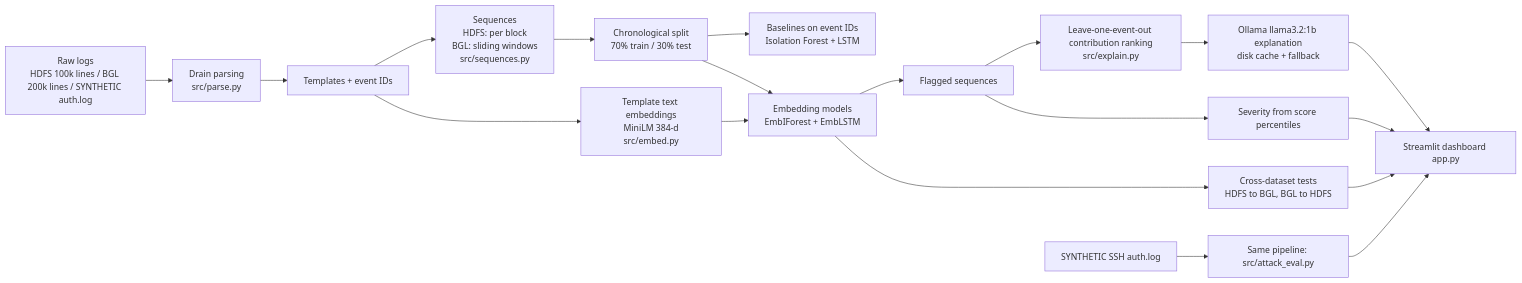
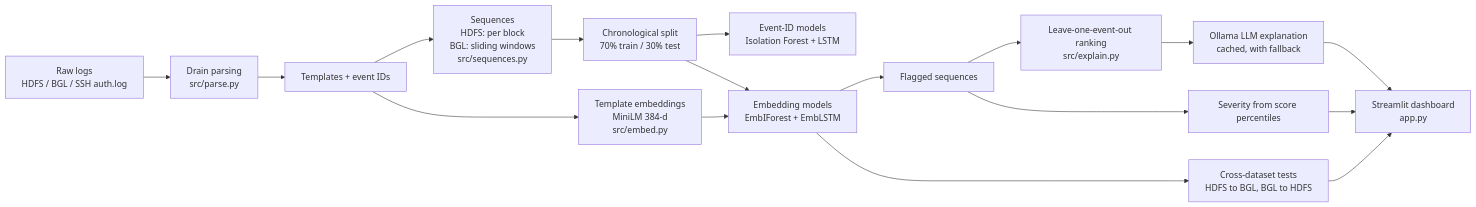
The diagram in README.md (bhargavrrao-web/explainable-log-anomaly-detection), drawn with Mermaid before and after one commit. The commit also changed other lines of this file, not shown here.

````diff
--- a/README.md
+++ b/README.md
@@ -13,20 +17,19 @@
 ```mermaid
 flowchart LR
-    A[Raw logs<br/>HDFS 100k lines / BGL 200k lines / SYNTHETIC auth.log] --> B[Drain parsing<br/>src/parse.py]
+    A[Raw logs<br/>HDFS / BGL / SSH auth.log] --> B[Drain parsing<br/>src/parse.py]
     B --> C[Templates + event IDs]
     C --> D[Sequences<br/>HDFS: per block<br/>BGL: sliding windows<br/>src/sequences.py]
     D --> E[Chronological split<br/>70% train / 30% test]
-    C --> F[Template text embeddings<br/>MiniLM 384-d<br/>src/embed.py]
-    E --> G1[Baselines on event IDs<br/>Isolation Forest + LSTM]
+    C --> F[Template embeddings<br/>MiniLM 384-d<br/>src/embed.py]
+    E --> G1[Event-ID models<br/>Isolation Forest + LSTM]
     E --> G2[Embedding models<br/>EmbIForest + EmbLSTM]
     F --> G2
     G2 --> H[Cross-dataset tests<br/>HDFS to BGL, BGL to HDFS]
     G2 --> I[Flagged sequences]
-    I --> J[Leave-one-event-out contribution ranking<br/>src/explain.py]
-    J --> K[Ollama llama3.2:1b explanation<br/>disk cache + fallback]
+    I --> J[Leave-one-event-out ranking<br/>src/explain.py]
+    J --> K[Ollama LLM explanation<br/>cached, with fallback]
     I --> L[Severity from score percentiles]
-    K --> M[Streamlit dashboard app.py]
+    K --> M[Streamlit dashboard<br/>app.py]
     L --> M
     H --> M
-    N[SYNTHETIC SSH auth.log] --> O[Same pipeline: src/attack_eval.py] --> M
 ```
````
